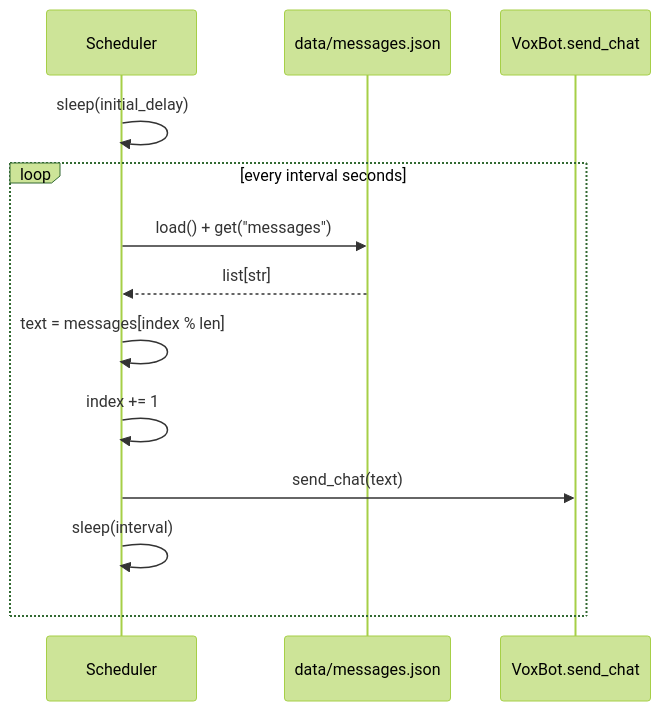
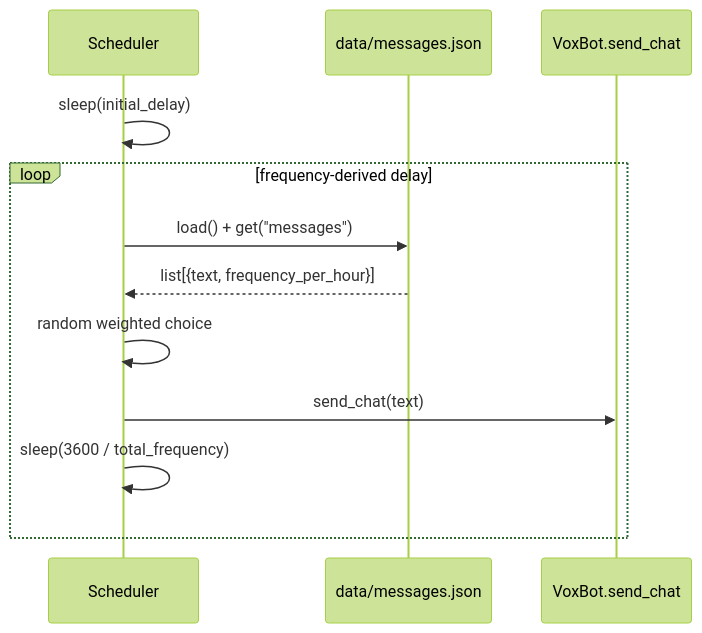
The eighth of 8 diagrams in ARCHITECTURE.md (w0rxbend/twitch-voxer), drawn with Mermaid (forest theme) before and after one commit. The commit also changed other lines of this file and 6 other files, not shown here.

Commit message:
feat: Update message scheduling to use random weighted selection; enhance documentation and configuration

````diff
--- a/ARCHITECTURE.md
+++ b/ARCHITECTURE.md
@@ -228,16 +228,15 @@
 ```mermaid
 sequenceDiagram
     participant SCH as Scheduler
     participant DB as data/messages.json
     participant BOT as VoxBot.send_chat
 
     SCH->>SCH: sleep(initial_delay)
-    loop every interval seconds
+    loop frequency-derived delay
         SCH->>DB: load() + get("messages")
-        DB-->>SCH: list[str]
-        SCH->>SCH: text = messages[index % len]
-        SCH->>SCH: index += 1
+        DB-->>SCH: list[{text, frequency_per_hour}]
+        SCH->>SCH: random weighted choice
         SCH->>BOT: send_chat(text)
-        SCH->>SCH: sleep(interval)
+        SCH->>SCH: sleep(3600 / total_frequency)
     end
 ```
````
